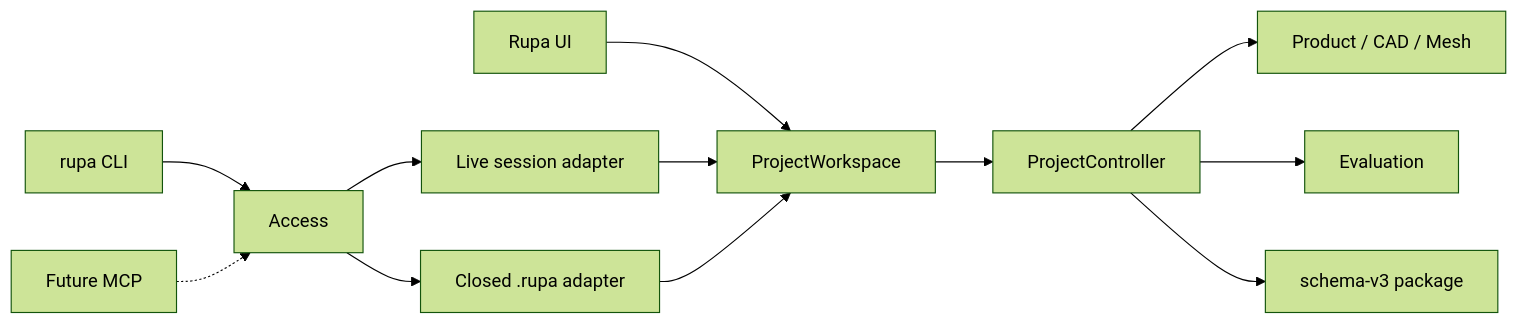
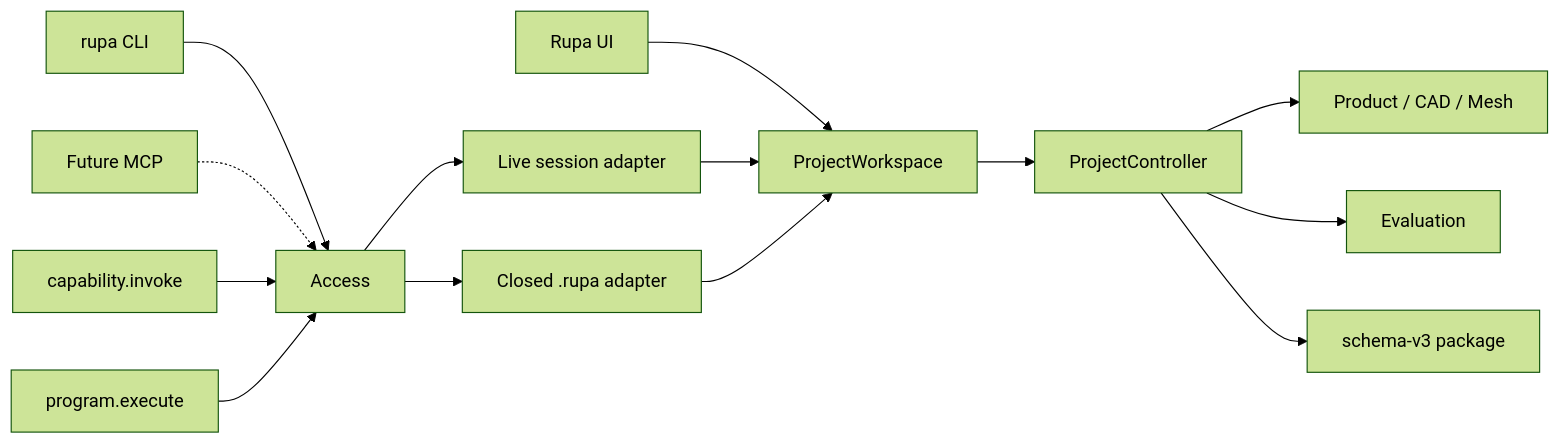
Before and after one commit to 1amageek/Rupa: the first of 2 diagrams in RupaKit/Sources/RupaProjectAccess/DESIGN.md, drawn with Mermaid (forest theme). The commit also changed other lines of this file and 17 other files, not shown here.

````diff
--- a/RupaKit/Sources/RupaProjectAccess/DESIGN.md
+++ b/RupaKit/Sources/RupaProjectAccess/DESIGN.md
@@ -46,14 +56,16 @@
 ```mermaid
 flowchart LR
     UI["Rupa UI"] --> Workspace["ProjectWorkspace"]
     CLI["rupa CLI"] --> Access
     MCP["Future MCP"] -.-> Access
+    Simple["capability.invoke"] --> Access
+    Complex["program.execute"] --> Access
     Access --> Live["Live session adapter"]
     Access --> Closed["Closed .rupa adapter"]
     Live --> Workspace
     Closed --> Workspace
     Workspace --> Controller["ProjectController"]
     Controller --> Sources["Product / CAD / Mesh"]
     Controller --> Evaluation["Evaluation"]
     Controller --> Package["schema-v3 package"]
 ```
````
